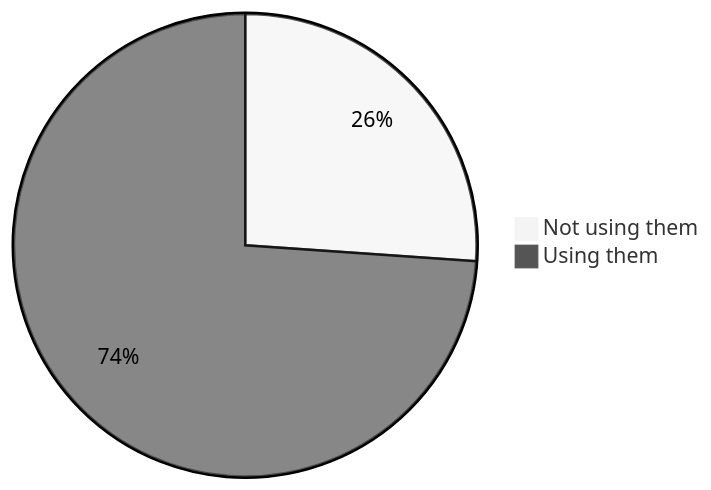
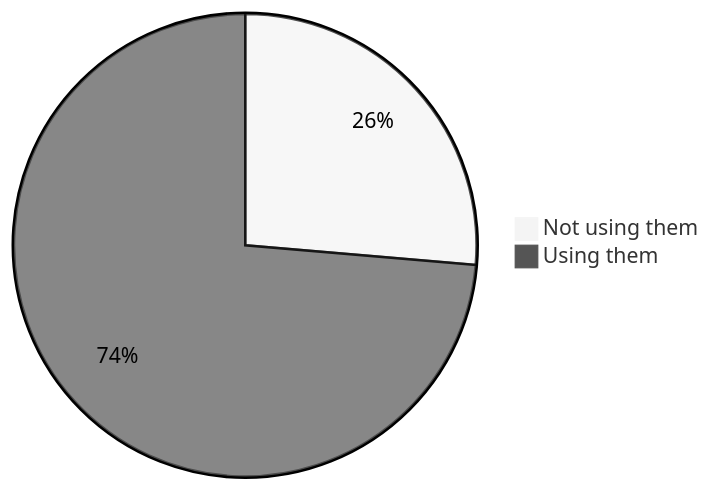
The first of 22 diagrams in stats.md (oshp/oshp-stats), drawn with Mermaid (neutral theme) before and after one commit. The commit also changed other lines of this file, not shown here.

````diff
--- a/stats.md
+++ b/stats.md
@@ -10,6 +10,6 @@
 ```mermaid
 pie
-	"Not using them" : 26.1
-	"Using them" : 73.9
+	"Not using them" : 26.36
+	"Using them" : 73.64
 
 ```
````
